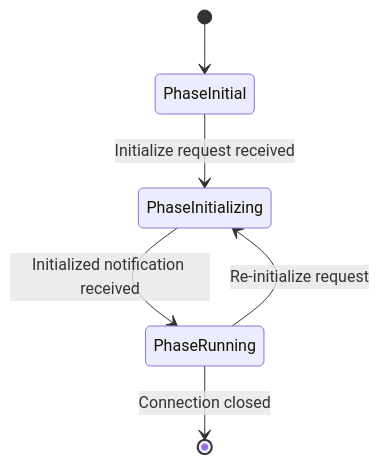
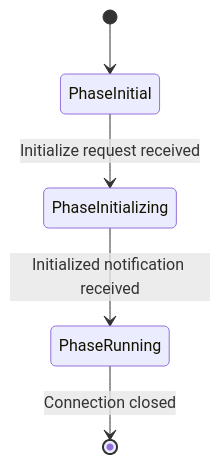
The fourth of 4 diagrams in ARCHITECTURE.md (linkyard/scala-effect-mcp), drawn with Mermaid before and after one commit. The commit also changed 2 other files, not shown here.

Commit message:
fix: inconsistencies in docs

````diff
--- a/ARCHITECTURE.md
+++ b/ARCHITECTURE.md
@@ -167,8 +167,7 @@
 ```mermaid
 stateDiagram-v2
     [*] --> PhaseInitial
     PhaseInitial --> PhaseInitializing : Initialize request received
     PhaseInitializing --> PhaseRunning : Initialized notification received
     PhaseRunning --> [*] : Connection closed
-    PhaseRunning --> PhaseInitializing : Re-initialize request
 ```
````
